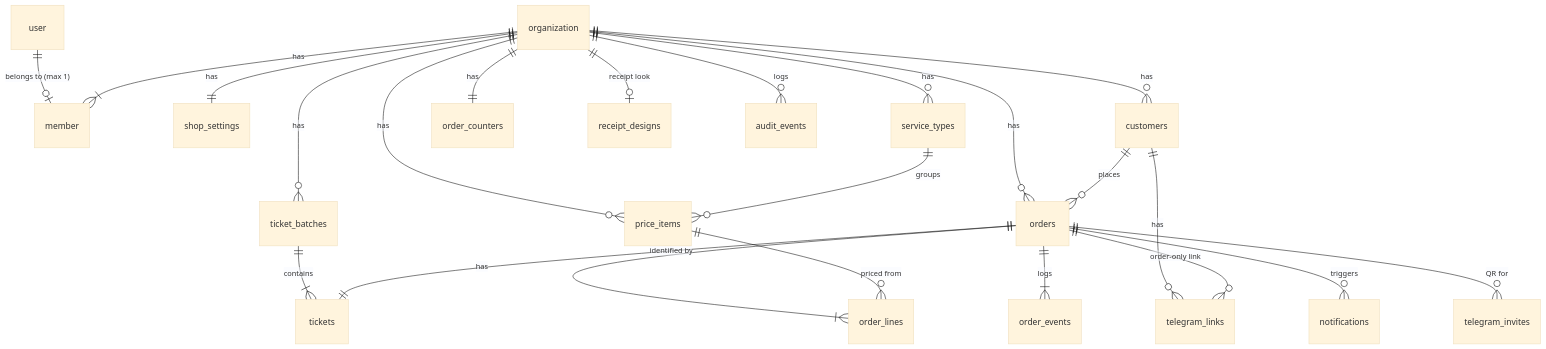
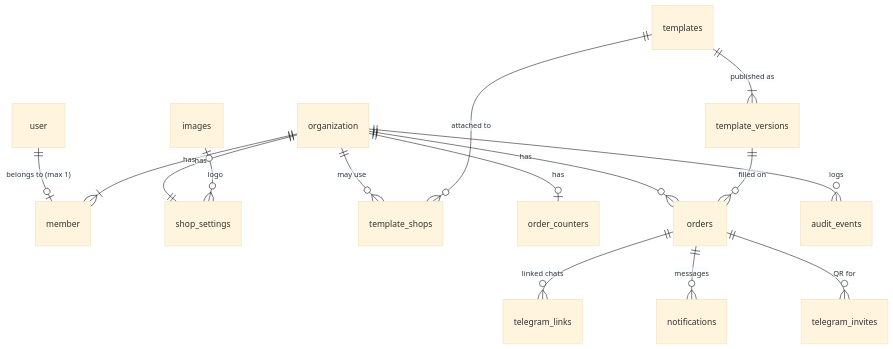
Before and after one commit to kimsourly1912/laundry: the diagram in docs/server/data-model.md, drawn with Mermaid (base theme). The commit also changed other lines of this file and 257 other files, not shown here.

````diff
--- a/docs/server/data-model.md
+++ b/docs/server/data-model.md
@@ -23,25 +24,17 @@
 ```mermaid
 erDiagram
     user ||--o| member : "belongs to (max 1)"
     organization ||--|{ member : has
     organization ||--|| shop_settings : has
-    organization ||--o{ customers : has
-    organization ||--o{ service_types : has
-    organization ||--o{ price_items : has
-    organization ||--|| order_counters : has
-    organization ||--o{ ticket_batches : has
-    ticket_batches ||--|{ tickets : contains
+    images |o--o{ shop_settings : "logo"
+    templates ||--|{ template_versions : "published as"
+    organization ||--o{ template_shops : "may use"
+    templates ||--o{ template_shops : "attached to"
+    organization ||--o| order_counters : has
     organization ||--o{ orders : has
-    customers ||--o{ orders : places
-    orders ||--|| tickets : "identified by"
-    orders ||--|{ order_lines : has
-    orders ||--|{ order_events : logs
-    service_types ||--o{ price_items : groups
-    price_items ||--o{ order_lines : "priced from"
-    customers ||--o{ telegram_links : has
-    orders ||--o{ telegram_links : "order-only link"
-    orders ||--o{ notifications : triggers
+    template_versions ||--o{ orders : "filled on"
+    orders ||--o{ telegram_links : "linked chats"
+    orders ||--o{ notifications : "messages"
     orders ||--o{ telegram_invites : "QR for"
-    organization ||--o| receipt_designs : "receipt look"
     organization ||--o{ audit_events : logs
 ```
````
